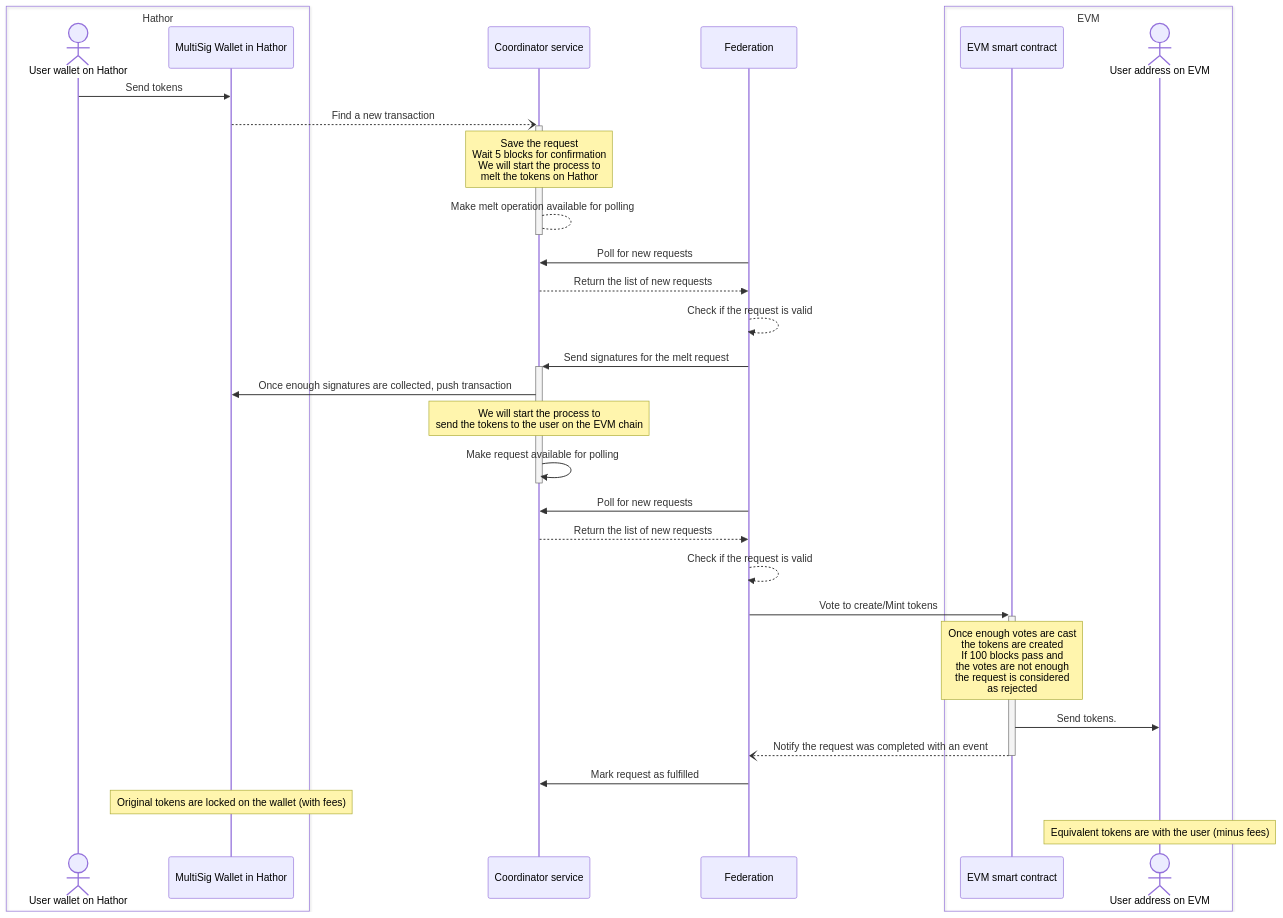
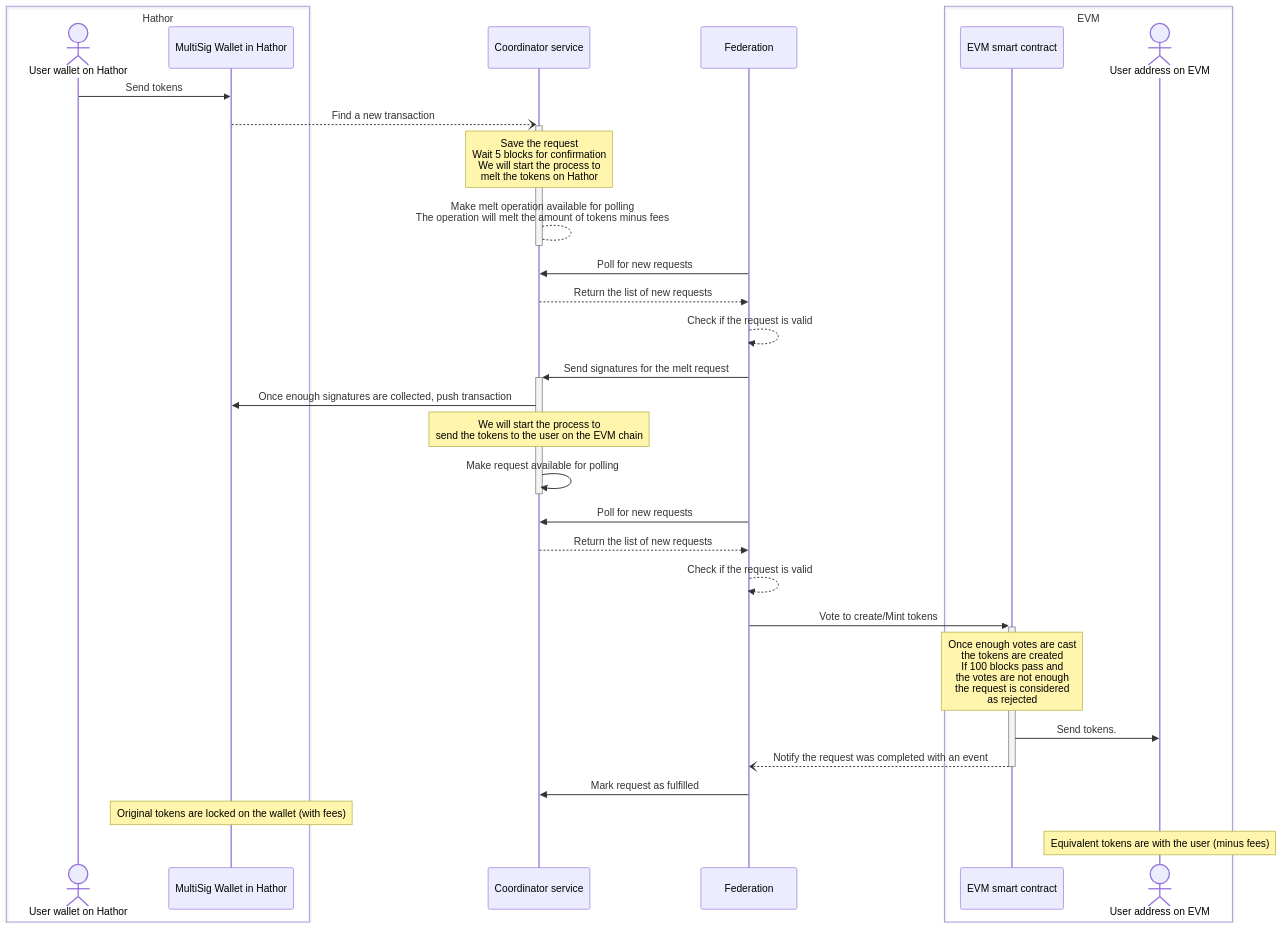
The fifth of 5 diagrams in projects/evm-compatible-bridge/design.md (HathorNetwork/rfcs), drawn with Mermaid before and after one commit. The commit also changed other lines of this file and 1 other file, not shown here.

````diff
--- a/projects/evm-compatible-bridge/design.md
+++ b/projects/evm-compatible-bridge/design.md
@@ -218,38 +218,38 @@
 ```mermaid
 sequenceDiagram
   box Hathor
   actor userH as User wallet on Hathor
   participant ms as MultiSig Wallet in Hathor
   end
   participant cood as Coordinator service
   participant fed as Federation
   box EVM
   participant evm as EVM smart contract
   actor userE as User address on EVM
   end
 
   userH->>ms: Send tokens
   ms--)+cood: Find a new transaction
   Note over cood: Save the request<br/>Wait 5 blocks for confirmation<br/>We will start the process to<br/>melt the tokens on Hathor
-  cood-->-cood: Make melt operation available for polling
+  cood-->-cood: Make melt operation available for polling<br/>The operation will melt the amount of tokens minus fees
 
   fed->>cood: Poll for new requests
   cood-->>fed: Return the list of new requests
   fed-->>fed: Check if the request is valid
   fed->>+cood: Send signatures for the melt request
   cood->>ms: Once enough signatures are collected, push transaction
 
   Note over cood: We will start the process to<br/>send the tokens to the user on the EVM chain
 
   cood->>-cood: Make request available for polling
   fed->>cood: Poll for new requests
   cood-->>fed: Return the list of new requests
   fed-->>fed: Check if the request is valid
   fed->>+evm: Vote to create/Mint tokens
   Note over evm: Once enough votes are cast<br/>the tokens are created<br/>If 100 blocks pass and<br/>the votes are not enough<br/>the request is considered<br/>as rejected
   evm->>userE: Send tokens.
   evm--)-fed: Notify the request was completed with an event
   fed->>cood: Mark request as fulfilled
   Note over ms: Original tokens are locked on the wallet (with fees)
   Note over userE: Equivalent tokens are with the user (minus fees)
 ```
````
